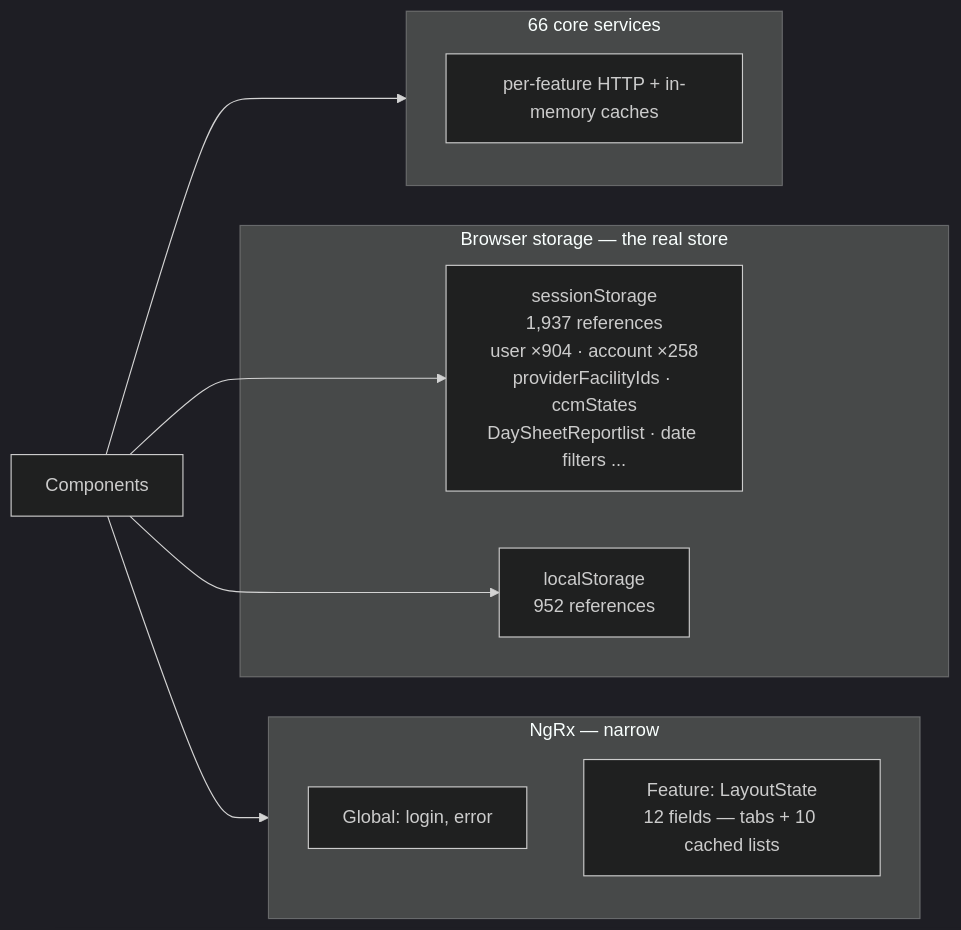
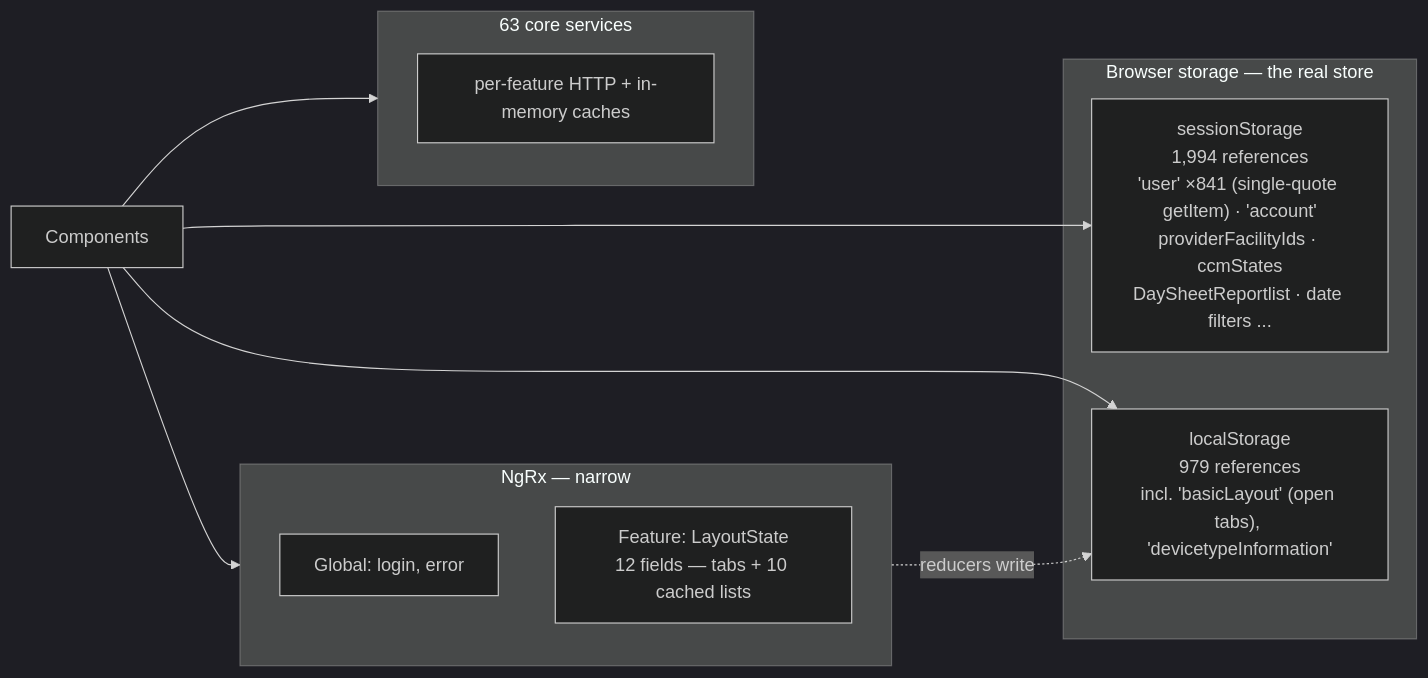
One commit to hemsingh-3PG/sai-systems-AIRE changed the fourth of 5 diagrams in docs/architecture-diagrams/09-spa-shell-navigation-deep-dive-diagrams.md. Above: the diagram before and after it, drawn with Mermaid (dark theme). The commit also changed other lines of this file and 285 other files, not shown here.

````diff
--- a/docs/architecture-diagrams/09-spa-shell-navigation-deep-dive-diagrams.md
+++ b/docs/architecture-diagrams/09-spa-shell-navigation-deep-dive-diagrams.md
@@ -84,19 +79,20 @@
 ```mermaid
 flowchart LR
   subgraph NgRx["NgRx — narrow"]
     G["Global: login, error"]
     L["Feature: LayoutState<br/>12 fields — tabs + 10 cached lists"]
   end
   subgraph Browser["Browser storage — the real store"]
-    SS["sessionStorage<br/>1,937 references<br/>user ×904 · account ×258<br/>providerFacilityIds · ccmStates<br/>DaySheetReportlist · date filters ..."]
-    LS["localStorage<br/>952 references"]
+    SS["sessionStorage<br/>1,994 references<br/>'user' ×841 (single-quote getItem) · 'account'<br/>providerFacilityIds · ccmStates<br/>DaySheetReportlist · date filters ..."]
+    LS["localStorage<br/>979 references<br/>incl. 'basicLayout' (open tabs), 'devicetypeInformation'"]
   end
-  subgraph Svc["66 core services"]
+  subgraph Svc["63 core services"]
     S["per-feature HTTP + in-memory caches"]
   end
 
   C["Components"] --> NgRx
   C --> SS
   C --> LS
   C --> Svc
+  NgRx -.->|"reducers write"| LS
 ```
````
